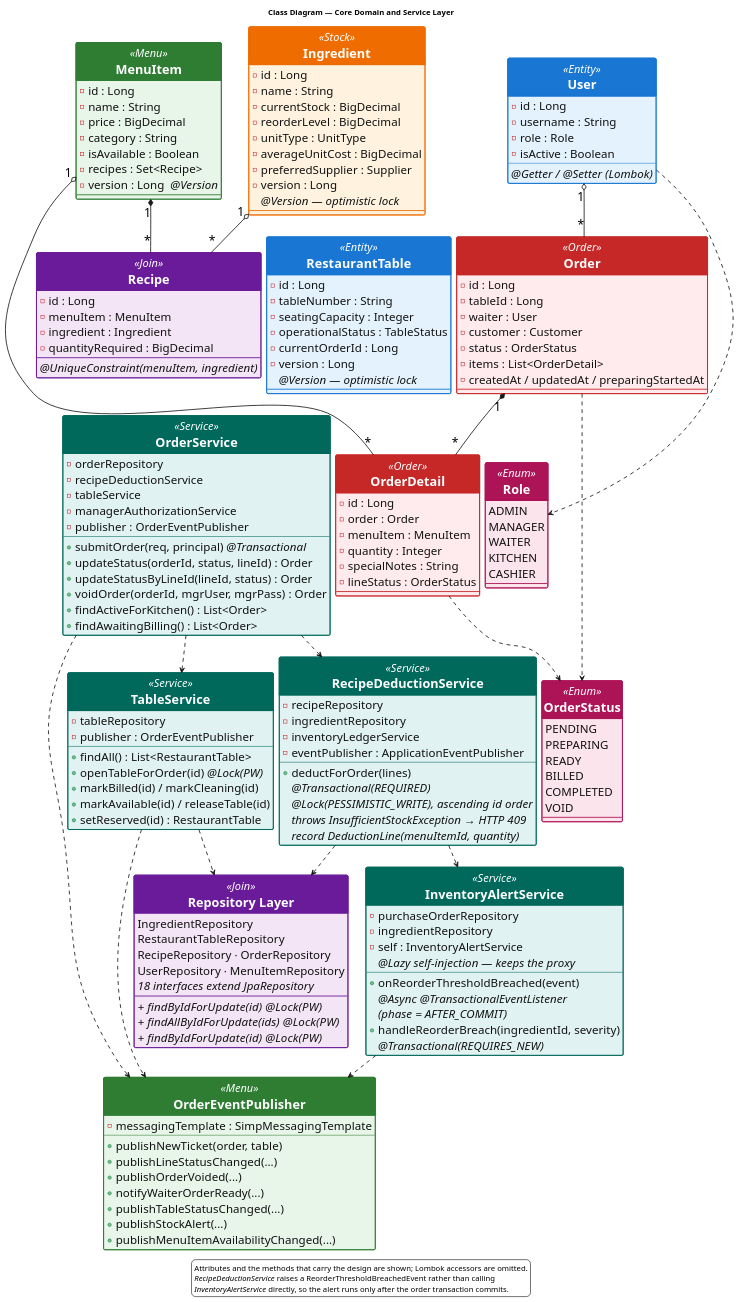
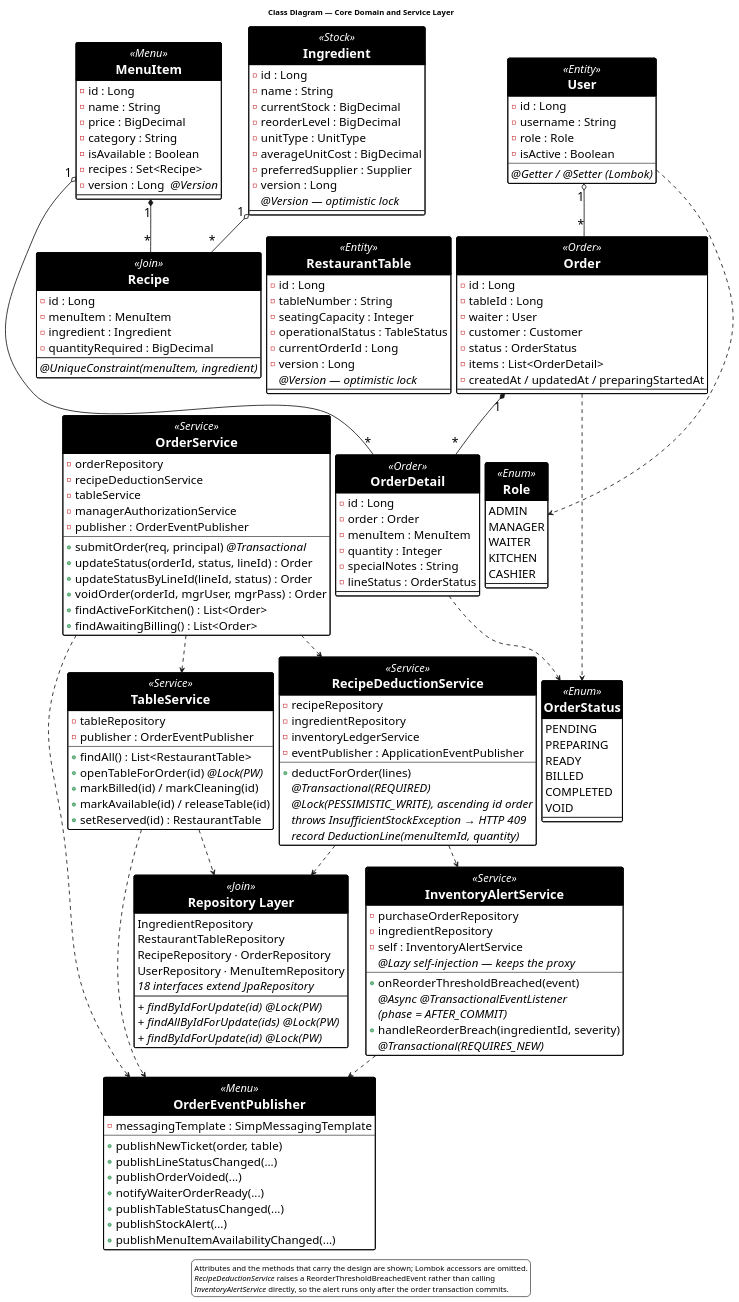
Before and after one commit to Buddhimal-Ramanayaka/restaurant-management-system: the diagram in diagrams-source/fig3_3_class.puml, drawn with PlantUML. The commit also changed 7 other files, not shown here.

First line of the commit message:
Restyle all eight Chapter 2-3 diagrams to plain UML notation

```diff
--- a/diagrams-source/fig3_3_class.puml
+++ b/diagrams-source/fig3_3_class.puml
@@ -25,45 +25,45 @@
 
 skinparam class {
   BorderThickness 1.6
-  AttributeFontColor #111111
+  AttributeFontColor #000000
   FontColor #FFFFFF
   StereotypeFontColor #FFFFFF
   StereotypeFontSize 20
 }
 skinparam class<<Entity>> {
-  BackgroundColor #E3F2FD
-  HeaderBackgroundColor #1976D2
-  BorderColor #1976D2
+  BackgroundColor #FFFFFF
+  HeaderBackgroundColor #000000
+  BorderColor #000000
 }
 skinparam class<<Menu>> {
-  BackgroundColor #E8F5E9
-  HeaderBackgroundColor #2E7D32
-  BorderColor #2E7D32
+  BackgroundColor #FFFFFF
+  HeaderBackgroundColor #000000
+  BorderColor #000000
 }
 skinparam class<<Stock>> {
-  BackgroundColor #FFF3E0
-  HeaderBackgroundColor #EF6C00
-  BorderColor #EF6C00
+  BackgroundColor #FFFFFF
+  HeaderBackgroundColor #000000
+  BorderColor #000000
 }
 skinparam class<<Order>> {
-  BackgroundColor #FFEBEE
-  HeaderBackgroundColor #C62828
-  BorderColor #C62828
+  BackgroundColor #FFFFFF
+  HeaderBackgroundColor #000000
+  BorderColor #000000
 }
 skinparam class<<Join>> {
-  BackgroundColor #F3E5F5
-  HeaderBackgroundColor #6A1B9A
-  BorderColor #6A1B9A
+  BackgroundColor #FFFFFF
+  HeaderBackgroundColor #000000
+  BorderColor #000000
 }
 skinparam class<<Service>> {
-  BackgroundColor #E0F2F1
-  HeaderBackgroundColor #00695C
-  BorderColor #00695C
+  BackgroundColor #FFFFFF
+  HeaderBackgroundColor #000000
+  BorderColor #000000
 }
 skinparam class<<Enum>> {
-  BackgroundColor #FCE4EC
-  HeaderBackgroundColor #AD1457
-  BorderColor #AD1457
+  BackgroundColor #FFFFFF
+  HeaderBackgroundColor #000000
+  BorderColor #000000
 }
 
 title Class Diagram — Core Domain and Service Layer
```
